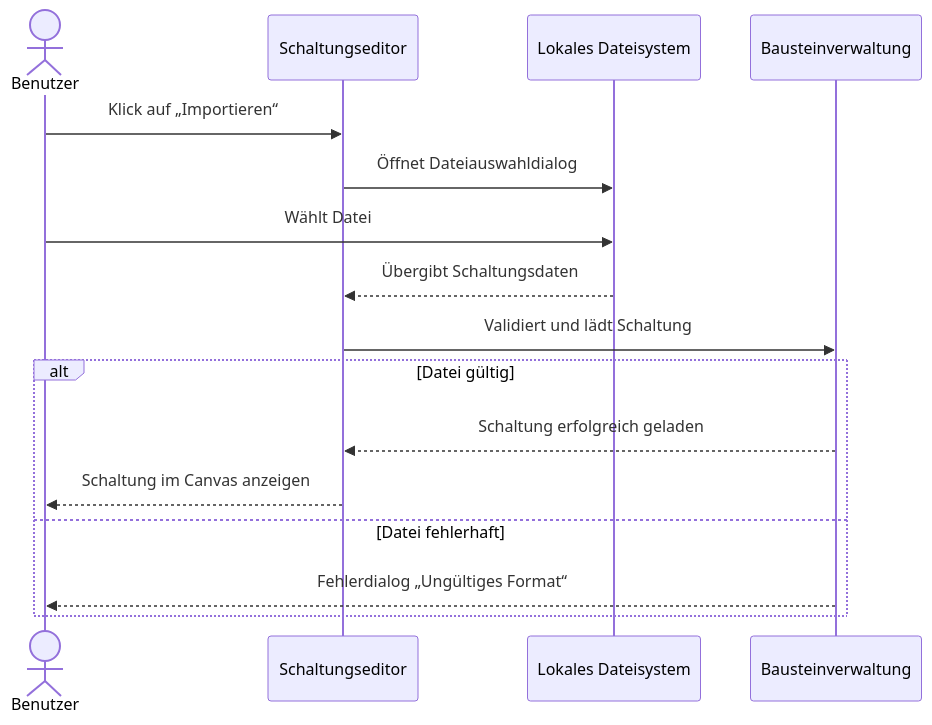
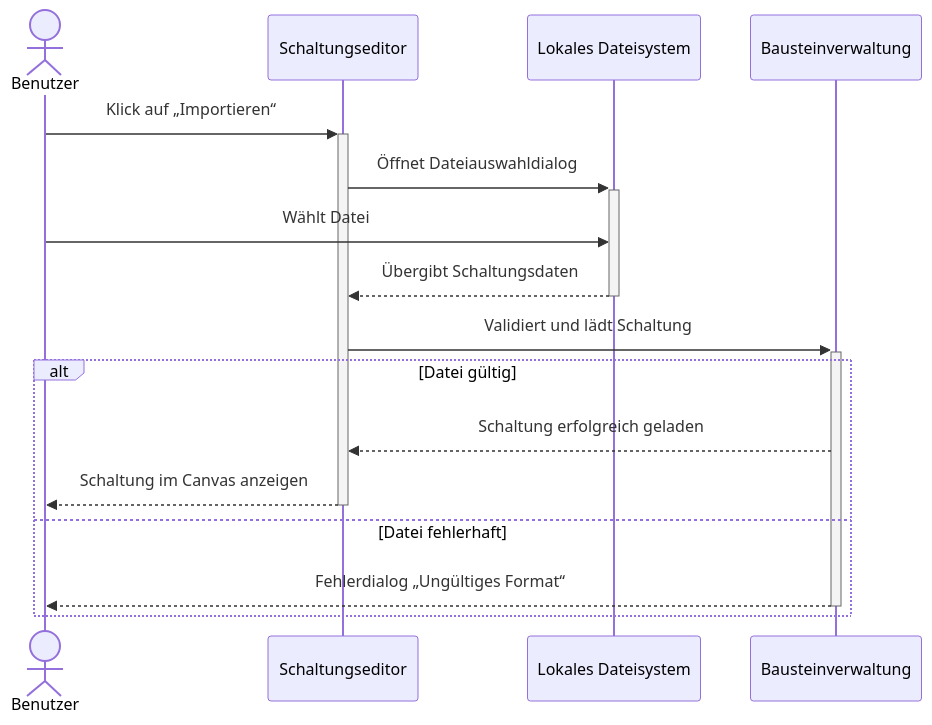
Before and after one commit to SimonJ2222/BitFlow: the eighth of 22 diagrams in docs/use_cases/software_requirements_specification.md, drawn with Mermaid. The commit also changed other lines of this file, not shown here.

Commit message:
Added activations and deactivations to all Sequence Diagrams

````diff
--- a/docs/use_cases/software_requirements_specification.md
+++ b/docs/use_cases/software_requirements_specification.md
@@ -392,20 +398,20 @@
 ```mermaid
 sequenceDiagram
     actor Benutzer
     participant UI as Schaltungseditor
     participant DateiSystem as Lokales Dateisystem
     participant System as Bausteinverwaltung
 
-    Benutzer ->> UI: Klick auf „Importieren“
-    UI ->> DateiSystem: Öffnet Dateiauswahldialog
+    Benutzer ->>+ UI: Klick auf „Importieren“
+    UI ->>+ DateiSystem: Öffnet Dateiauswahldialog
     Benutzer ->> DateiSystem: Wählt Datei
-    DateiSystem -->> UI: Übergibt Schaltungsdaten
-    UI ->> System: Validiert und lädt Schaltung
+    DateiSystem -->>- UI: Übergibt Schaltungsdaten
+    UI ->>+ System: Validiert und lädt Schaltung
     alt Datei gültig
         System -->> UI: Schaltung erfolgreich geladen
-        UI -->> Benutzer: Schaltung im Canvas anzeigen
+        UI -->>- Benutzer: Schaltung im Canvas anzeigen
     else Datei fehlerhaft
-        System -->> Benutzer: Fehlerdialog „Ungültiges Format“
+        System -->>- Benutzer: Fehlerdialog „Ungültiges Format“
     end
 
 ```
````
